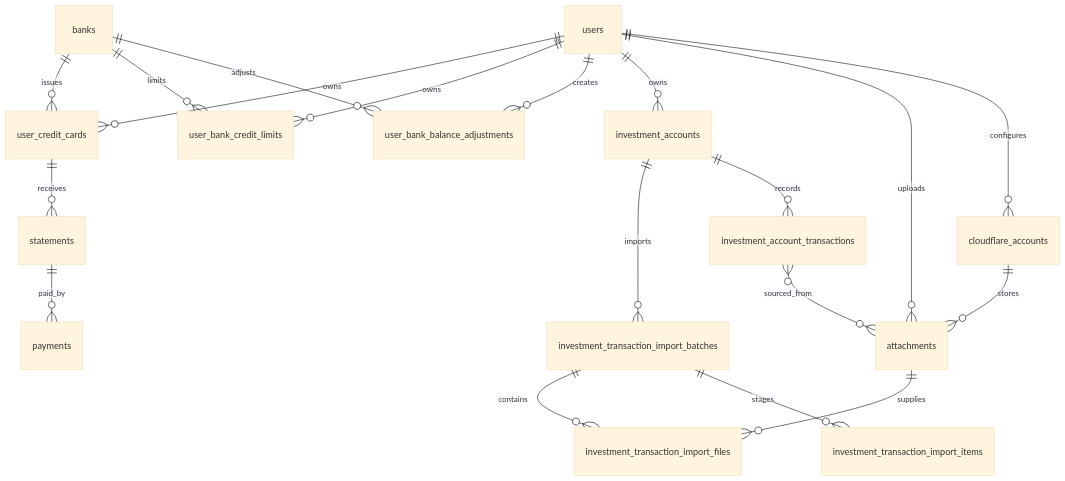
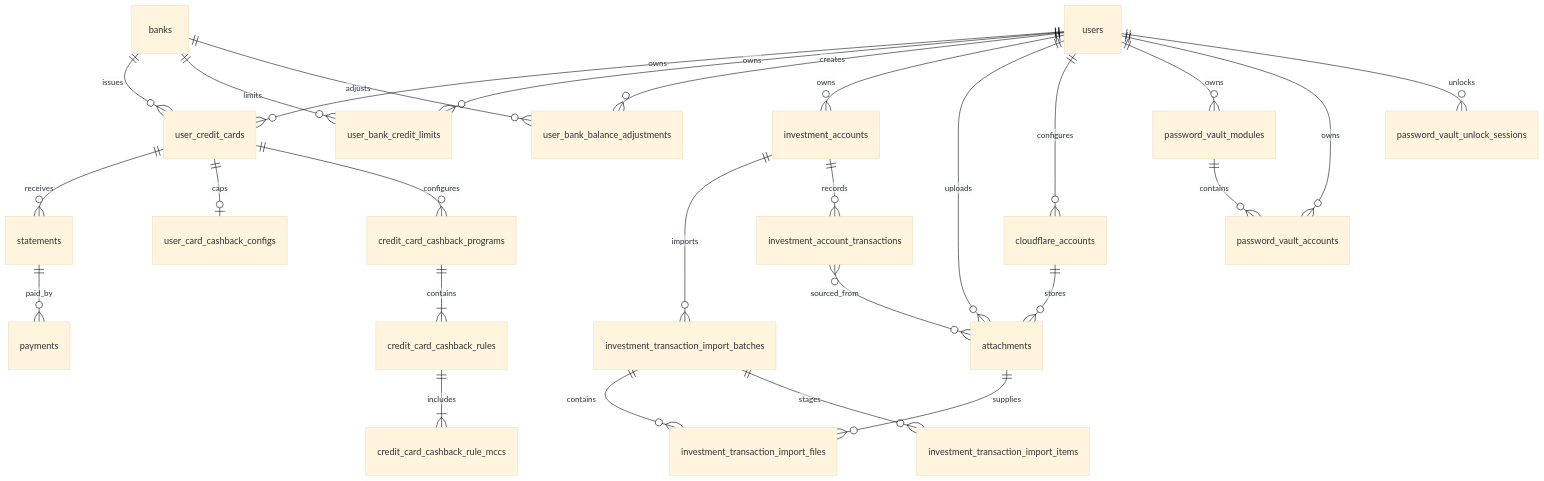
One commit to pvhao2002/kira-app changed the diagram in kira-bank/docs/database/erd.md. Above: the diagram before and after it, drawn with Mermaid (base theme). The commit also changed other lines of this file and 62 other files, not shown here.

First line of the commit message:
feat: add card benefits, password vault, and tutor scheduling

````diff
--- a/kira-bank/docs/database/erd.md
+++ b/kira-bank/docs/database/erd.md
@@ -3,21 +3,29 @@
 ```mermaid
 erDiagram
  users ||--o{ user_credit_cards : owns
  users ||--o{ user_bank_credit_limits : owns
  users ||--o{ user_bank_balance_adjustments : creates
  banks ||--o{ user_credit_cards : issues
  banks ||--o{ user_bank_credit_limits : limits
  banks ||--o{ user_bank_balance_adjustments : adjusts
  user_credit_cards ||--o{ statements : receives
+ user_credit_cards ||--o| user_card_cashback_configs : caps
+ user_credit_cards ||--o{ credit_card_cashback_programs : configures
+ credit_card_cashback_programs ||--|{ credit_card_cashback_rules : contains
+ credit_card_cashback_rules ||--|{ credit_card_cashback_rule_mccs : includes
  statements ||--o{ payments : paid_by
  users ||--o{ investment_accounts : owns
  users ||--o{ attachments : uploads
  users ||--o{ cloudflare_accounts : configures
+ users ||--o{ password_vault_modules : owns
+ users ||--o{ password_vault_accounts : owns
+ users ||--o{ password_vault_unlock_sessions : unlocks
+ password_vault_modules ||--o{ password_vault_accounts : contains
  cloudflare_accounts ||--o{ attachments : stores
  investment_accounts ||--o{ investment_transaction_import_batches : imports
  investment_transaction_import_batches ||--o{ investment_transaction_import_files : contains
  investment_transaction_import_batches ||--o{ investment_transaction_import_items : stages
  investment_accounts ||--o{ investment_account_transactions : records
  attachments ||--o{ investment_transaction_import_files : supplies
  investment_account_transactions }o--o{ attachments : sourced_from
 ```
````
